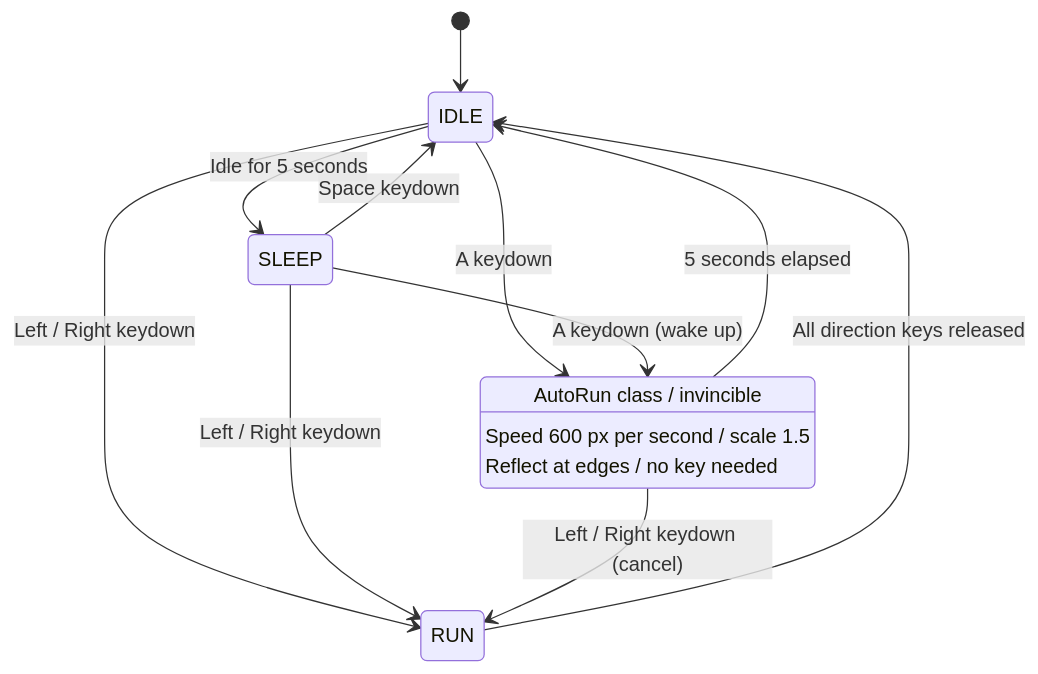
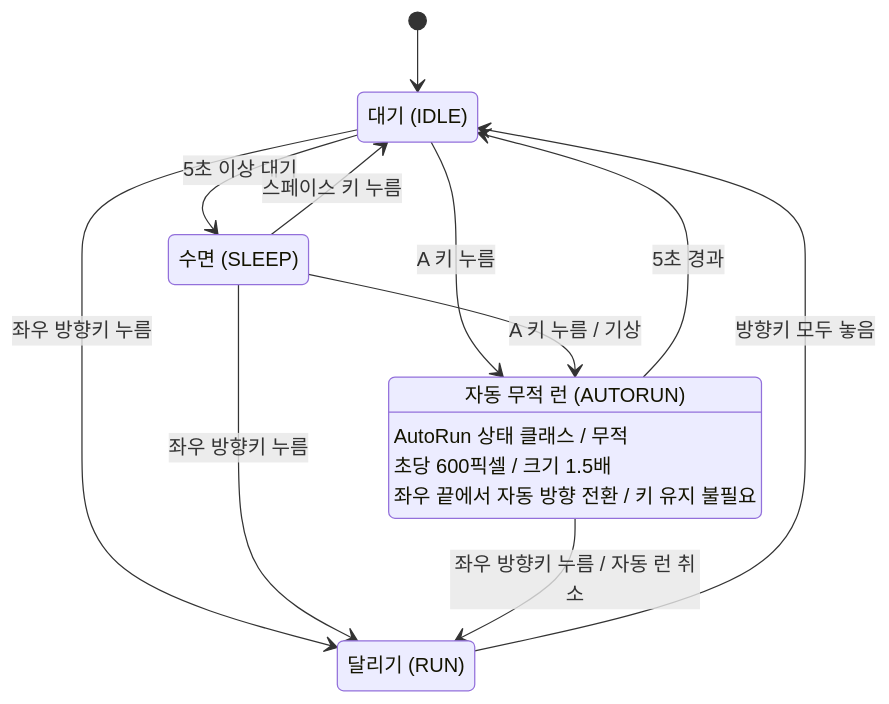
One commit to junsuk1211/DRILL11 changed the diagram in state_diagram.mmd. Above: the diagram before and after it, drawn with Mermaid. The commit also changed 1 other file, not shown here.

Commit message:
문서: 상태 다이어그램 설명과 전환 조건 한글화

```diff
--- a/state_diagram.mmd
+++ b/state_diagram.mmd
@@ -1,14 +1,19 @@
 stateDiagram-v2
+    state "대기 (IDLE)" as IDLE
+    state "달리기 (RUN)" as RUN
+    state "수면 (SLEEP)" as SLEEP
+    state "자동 무적 런 (AUTORUN)" as AUTORUN
+
     [*] --> IDLE
-    IDLE --> RUN: Left / Right keydown
-    RUN --> IDLE: All direction keys released
-    IDLE --> SLEEP: Idle for 5 seconds
-    SLEEP --> IDLE: Space keydown
-    SLEEP --> RUN: Left / Right keydown
-    IDLE --> AUTORUN: A keydown
-    SLEEP --> AUTORUN: A keydown (wake up)
-    AUTORUN --> IDLE: 5 seconds elapsed
-    AUTORUN --> RUN: Left / Right keydown (cancel)
-    AUTORUN: AutoRun class / invincible
-    AUTORUN: Speed 600 px per second / scale 1.5
-    AUTORUN: Reflect at edges / no key needed
+    IDLE --> RUN: 좌우 방향키 누름
+    RUN --> IDLE: 방향키 모두 놓음
+    IDLE --> SLEEP: 5초 이상 대기
+    SLEEP --> IDLE: 스페이스 키 누름
+    SLEEP --> RUN: 좌우 방향키 누름
+    IDLE --> AUTORUN: A 키 누름
+    SLEEP --> AUTORUN: A 키 누름 / 기상
+    AUTORUN --> IDLE: 5초 경과
+    AUTORUN --> RUN: 좌우 방향키 누름 / 자동 런 취소
+    AUTORUN: AutoRun 상태 클래스 / 무적
+    AUTORUN: 초당 600픽셀 / 크기 1.5배
+    AUTORUN: 좌우 끝에서 자동 방향 전환 / 키 유지 불필요
```
